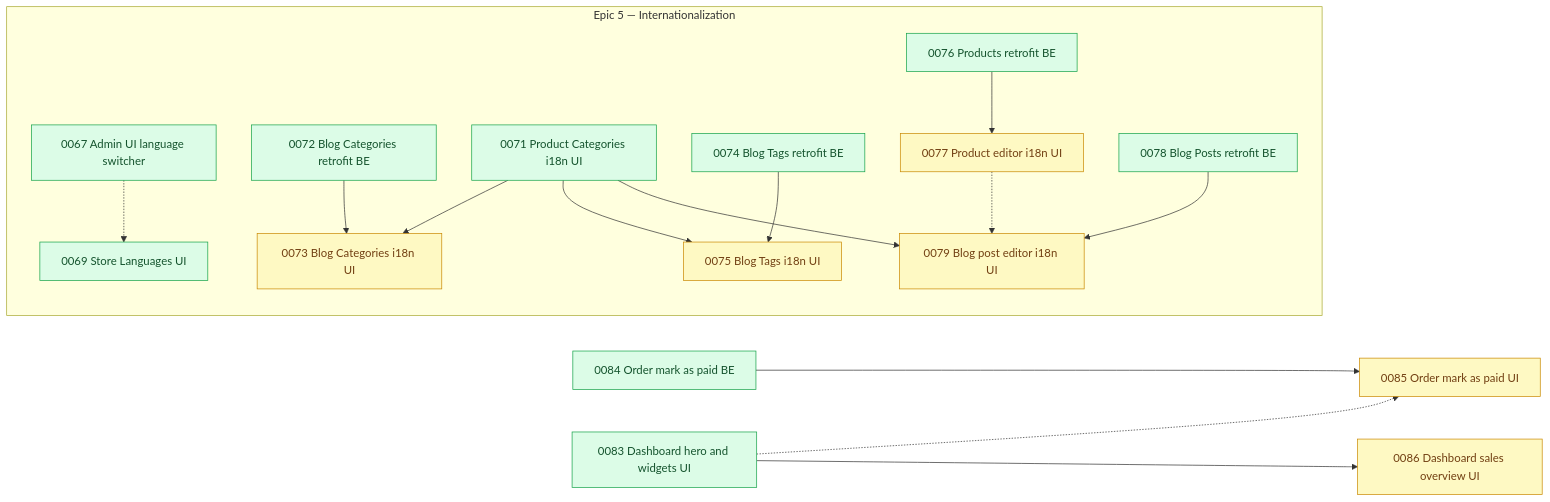
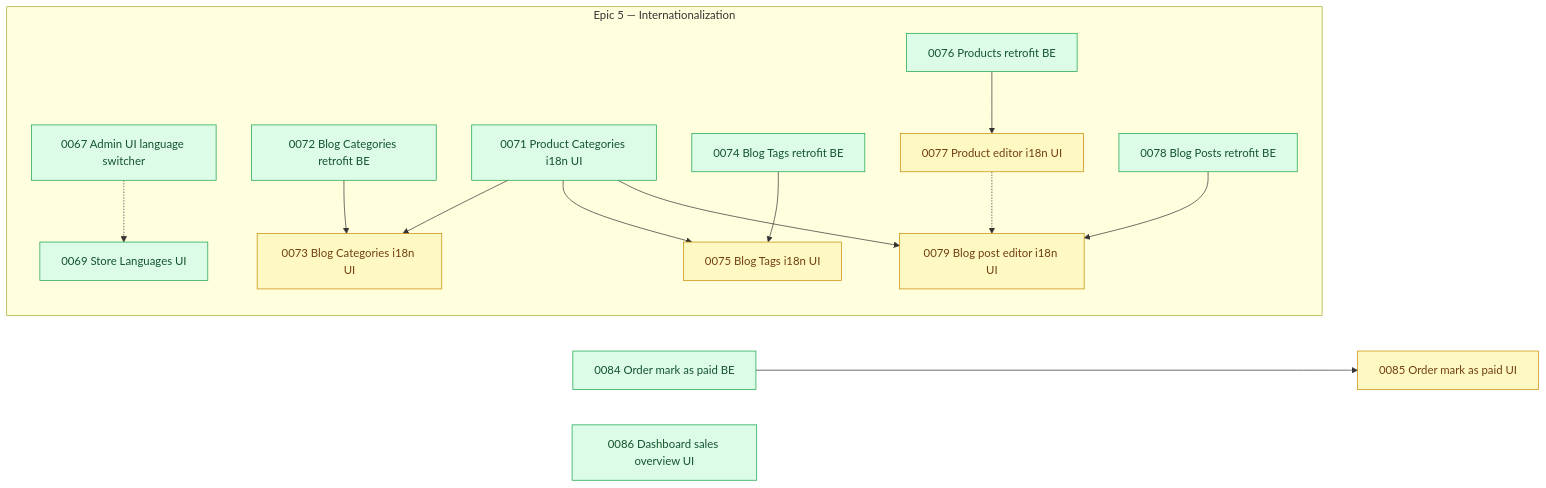
The diagram in arospe/ai-spec/tasks-map.md (shojen/AI4Devs-finalproject), drawn with Mermaid before and after one commit. The commit also changed other lines of this file and 5 other files, not shown here.

````diff
--- a/arospe/ai-spec/tasks-map.md
+++ b/arospe/ai-spec/tasks-map.md
@@ -514,7 +521,6 @@
     P0084["0084 Order mark as paid BE"]
     P0085["0085 Order mark as paid UI"]
     %% (P0082's own node dropped: 0082 closed to done/ this pass, per the update at the top of this file.)
-    P0083["0083 Dashboard hero and widgets UI"]
     P0086["0086 Dashboard sales overview UI"]
     %% (P0081's own node dropped: 0081 closed to done/ this pass, per the update at the top of this
     %% file. It had no incoming edge of its own -- no pending task named it as a depends_on blocker
@@ -585,9 +591,8 @@
     P0077 -.-> P0079
     %% (P0082 --> P0083 and P0082 -.-> P0076/P0078 dropped: 0082 is done; 0083 is now ready.)
     P0084 --> P0085
-    P0083 -.-> P0085
-    P0083 --> P0086
+    %% (P0083 -.-> P0085 and P0083 --> P0086 dropped: 0083 is done; 0086 is now ready.)
 
-    class P0073,P0075,P0077,P0079,P0085,P0086 pending;
-    class P0067,P0069,P0071,P0072,P0074,P0076,P0078,P0083,P0084 ready;
+    class P0073,P0075,P0077,P0079,P0085 pending;
+    class P0067,P0069,P0071,P0072,P0074,P0076,P0078,P0084,P0086 ready;
 ```
````
